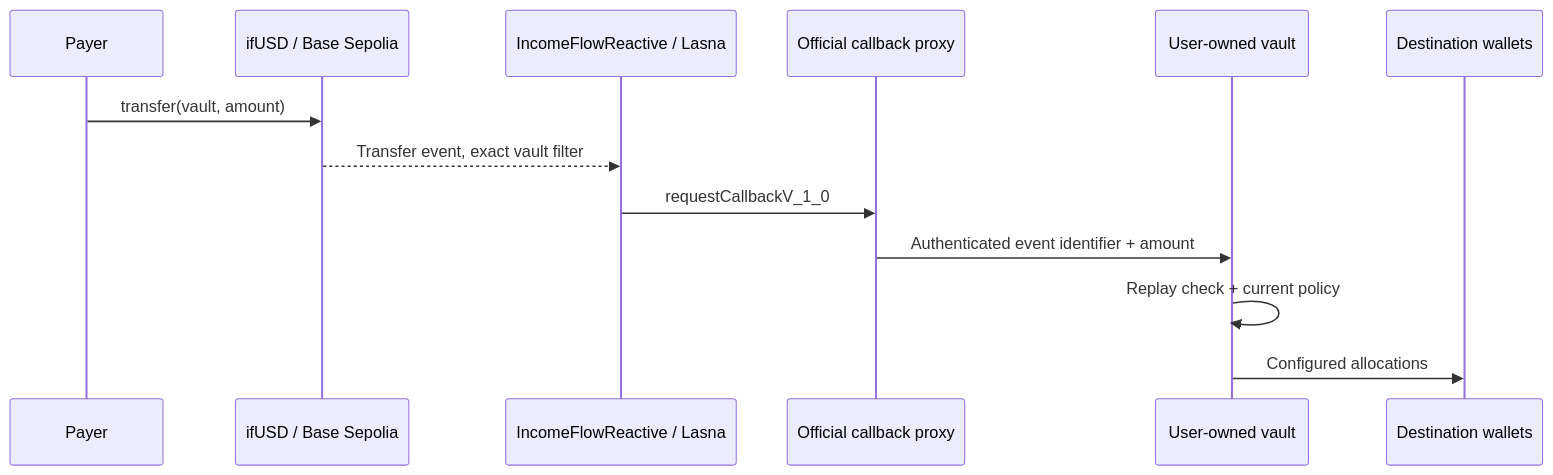
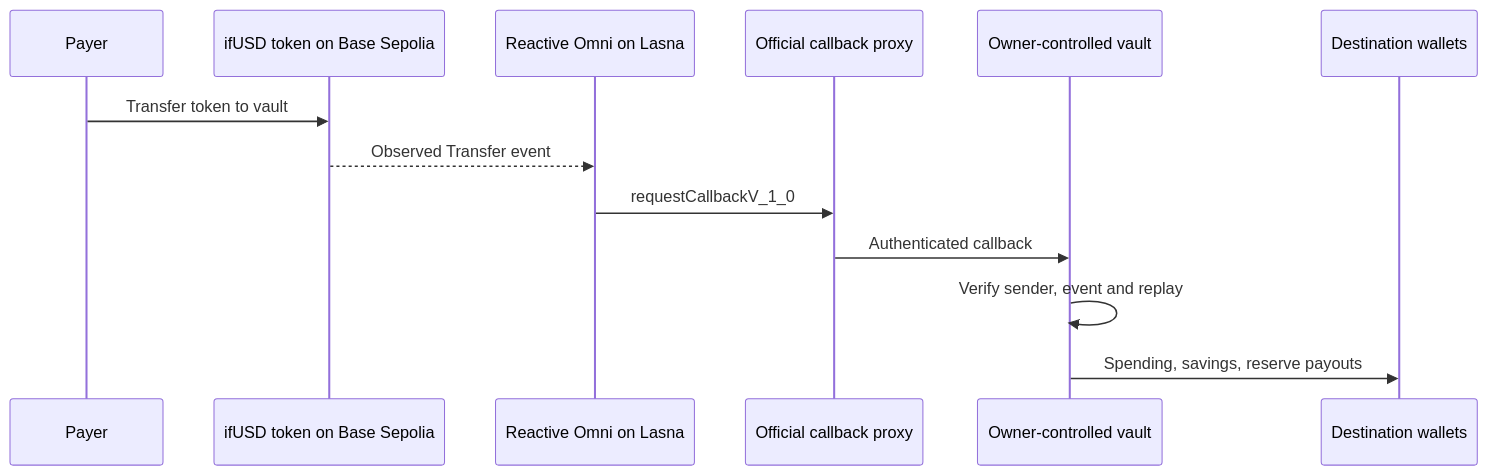
One commit to sopskistar/IncomeFlow changed the diagram in README.md. Above: the diagram before and after it, drawn with Mermaid. The commit also changed other lines of this file, not shown here.

Commit message:
docs: restructure IncomeFlow README with story, proof, demo and Reactive architecture

````diff
--- a/README.md
+++ b/README.md
@@ -61,15 +90,15 @@
 ```mermaid
 sequenceDiagram
     participant P as Payer
-    participant T as ifUSD / Base Sepolia
-    participant R as IncomeFlowReactive / Lasna
+    participant T as ifUSD token on Base Sepolia
+    participant R as Reactive Omni on Lasna
     participant C as Official callback proxy
-    participant V as User-owned vault
+    participant V as Owner-controlled vault
     participant D as Destination wallets
-    P->>T: transfer(vault, amount)
-    T-->>R: Transfer event, exact vault filter
+    P->>T: Transfer token to vault
+    T-->>R: Observed Transfer event
     R->>C: requestCallbackV_1_0
-    C->>V: Authenticated event identifier + amount
-    V->>V: Replay check + current policy
-    V->>D: Configured allocations
+    C->>V: Authenticated callback
+    V->>V: Verify sender, event and replay
+    V->>D: Spending, savings, reserve payouts
 ```
````
